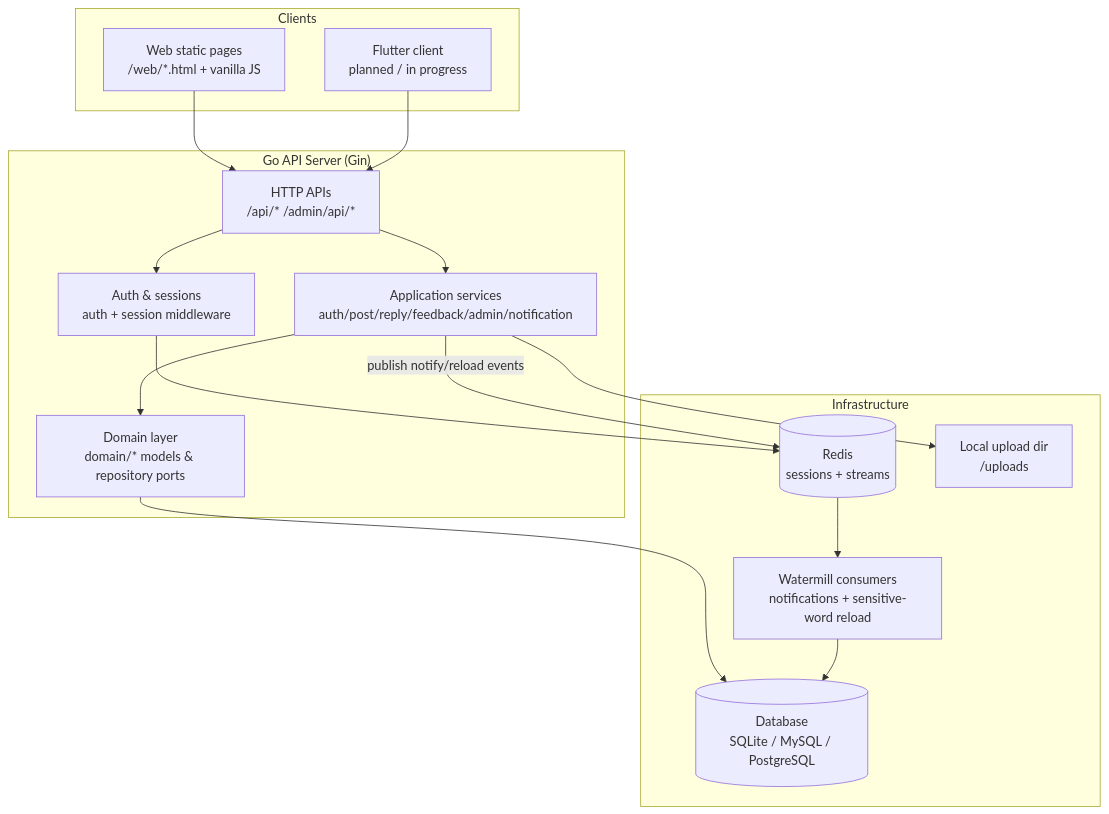
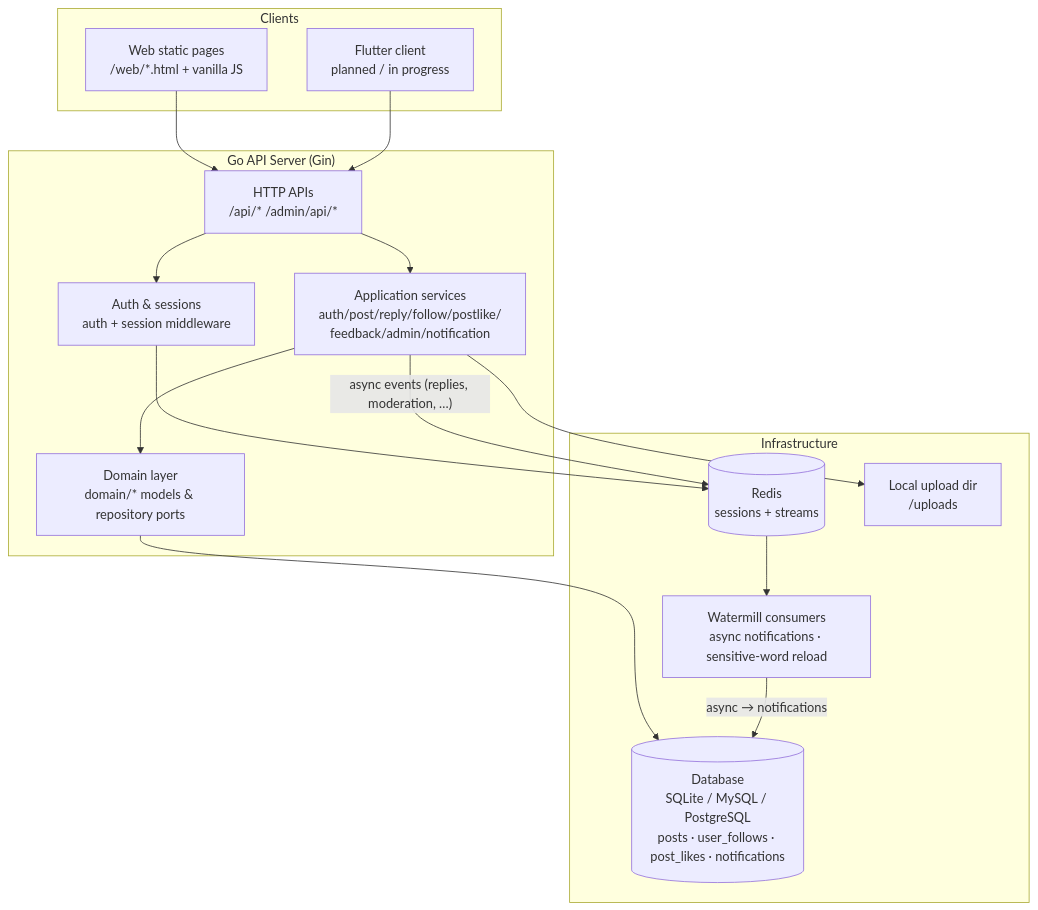
One commit to lpxxn/blink changed the diagram in README.md. Above: the diagram before and after it, drawn with Mermaid. The commit also changed other lines of this file and 1 other file, not shown here.

Commit message:
feat: new feature

````diff
--- a/README.md
+++ b/README.md
@@ -51,33 +52,33 @@
 ```mermaid
 flowchart TB
   subgraph Clients["Clients"]
     Web["Web static pages<br/>/web/*.html + vanilla JS"]
     Flutter["Flutter client<br/>planned / in progress"]
   end
 
   subgraph API["Go API Server (Gin)"]
     Auth["Auth & sessions<br/>auth + session middleware"]
     HTTP["HTTP APIs<br/>/api/* /admin/api/*"]
-    App["Application services<br/>auth/post/reply/feedback/admin/notification"]
+    App["Application services<br/>auth/post/reply/follow/postlike/<br/>feedback/admin/notification"]
     Domain["Domain layer<br/>domain/* models & repository ports"]
   end
 
   subgraph Infra["Infrastructure"]
-    DB[("Database<br/>SQLite / MySQL / PostgreSQL")]
+    DB[("Database<br/>SQLite / MySQL / PostgreSQL<br/>posts · user_follows · post_likes · notifications")]
     Redis[("Redis<br/>sessions + streams")]
     Uploads["Local upload dir<br/>/uploads"]
-    Watermill["Watermill consumers<br/>notifications + sensitive-word reload"]
+    Watermill["Watermill consumers<br/>async notifications · sensitive-word reload"]
   end
 
   Web --> HTTP
   Flutter --> HTTP
   HTTP --> Auth
   HTTP --> App
   App --> Domain
   Domain --> DB
   Auth --> Redis
   App --> Uploads
-  App -- publish notify/reload events --> Redis
+  App -- "async events (replies, moderation, …)" --> Redis
   Redis --> Watermill
-  Watermill --> DB
+  Watermill -- "async → notifications" --> DB
 ```
````
